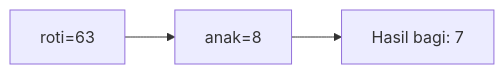
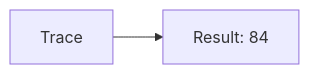
The fifth of 25 diagrams in part-c-pemahaman-cpp/01-tipe-data/latihan/set-10.md (amnahwaida/OSNK_INF_PREP), drawn with Mermaid before and after one commit. The commit also changed other lines of this file and 71 other files, not shown here.

````diff
--- a/part-c-pemahaman-cpp/01-tipe-data/latihan/set-10.md
+++ b/part-c-pemahaman-cpp/01-tipe-data/latihan/set-10.md
@@ -163,5 +106,4 @@
 ```mermaid
 graph LR
-A["roti=63"] --> B["anak=8"]
-B --> C["Hasil bagi: 7"]
+A[Trace] --> B[Result: 84]
 ```
````
